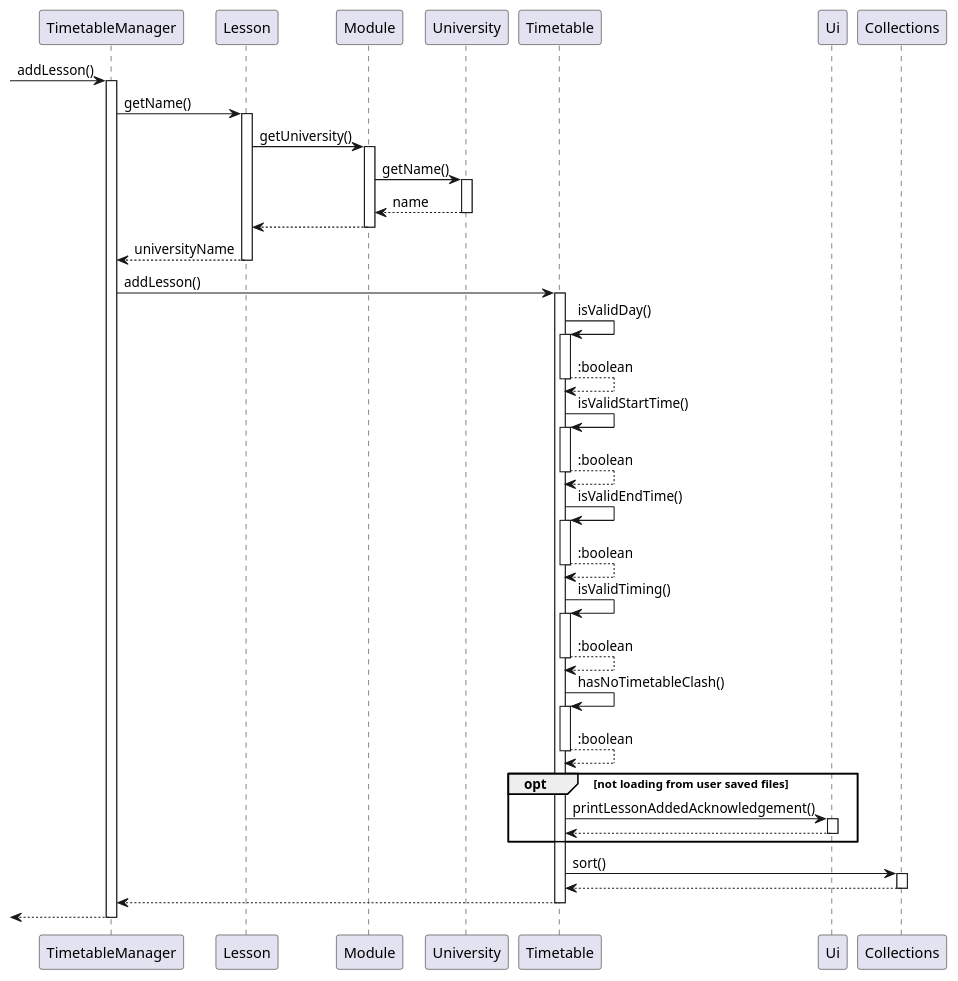
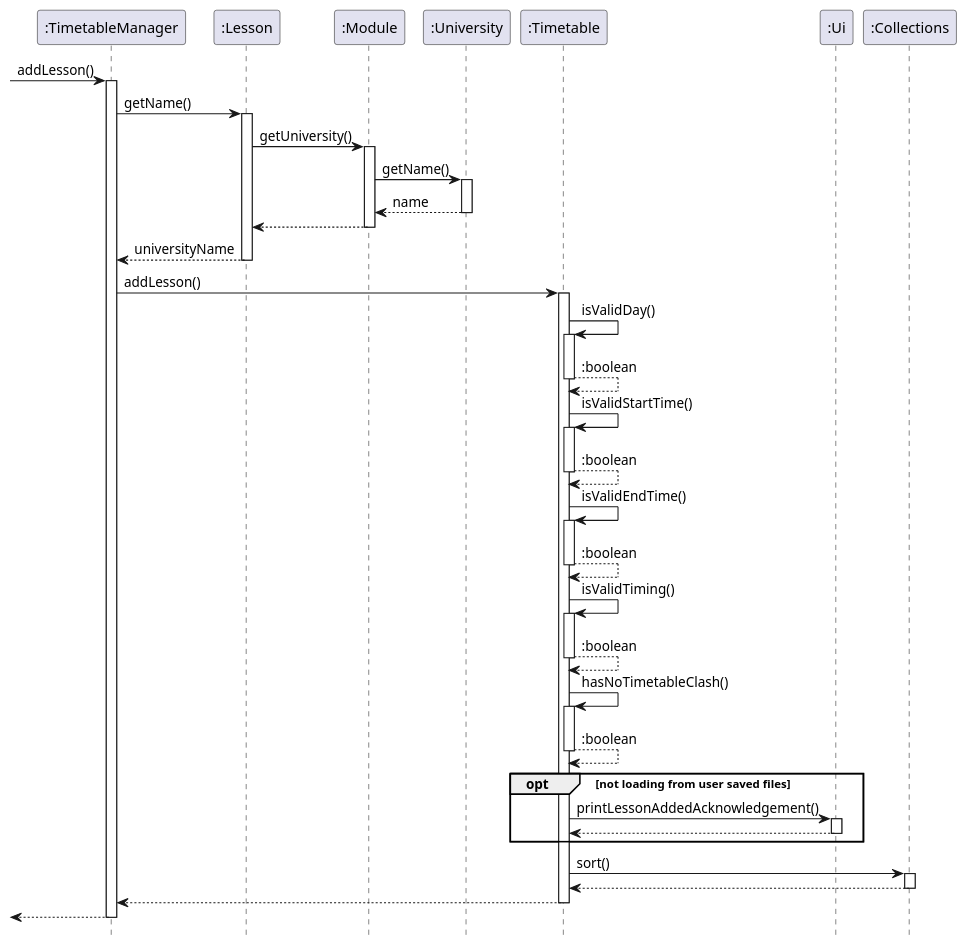
One commit to nus-cs2113-AY2223S1/tp changed the diagram in docs/diagrams/Timetable_addLesson_Sequence.puml. Above: the diagram before and after it, drawn with PlantUML. The commit also changed 7 other files, not shown here.

Commit message:
Update sequence diagrams

```diff
--- a/docs/diagrams/Timetable_addLesson_Sequence.puml
+++ b/docs/diagrams/Timetable_addLesson_Sequence.puml
@@ -1,43 +1,44 @@
 @startuml
+hide footbox
 
--> TimetableManager : addLesson()
-activate TimetableManager
-TimetableManager -> Lesson : getName()
-activate Lesson
-Lesson -> Module : getUniversity()
-activate Module
-Module -> University : getName()
-activate University
-Module <-- University : name
-deactivate University
-Lesson <-- Module
-deactivate Module
-TimetableManager <-- Lesson : universityName
-deactivate Lesson
-TimetableManager -> Timetable : addLesson()
-activate Timetable
-Timetable -> Timetable ++ : isValidDay()
+-> ":TimetableManager" : addLesson()
+activate ":TimetableManager"
+":TimetableManager" -> ":Lesson" : getName()
+activate ":Lesson"
+":Lesson" -> ":Module" : getUniversity()
+activate ":Module"
+":Module" -> ":University" : getName()
+activate ":University"
+":Module" <-- ":University" : name
+deactivate ":University"
+":Lesson" <-- ":Module"
+deactivate ":Module"
+":TimetableManager" <-- ":Lesson" : universityName
+deactivate ":Lesson"
+":TimetableManager" -> ":Timetable" : addLesson()
+activate ":Timetable"
+":Timetable" -> ":Timetable" ++ : isValidDay()
 return :boolean
-Timetable -> Timetable ++ : isValidStartTime()
+":Timetable" -> ":Timetable" ++ : isValidStartTime()
 return :boolean
-Timetable -> Timetable ++ : isValidEndTime()
+":Timetable" -> ":Timetable" ++ : isValidEndTime()
 return :boolean
-Timetable -> Timetable ++ : isValidTiming()
+":Timetable" -> ":Timetable" ++ : isValidTiming()
 return :boolean
-Timetable -> Timetable ++ : hasNoTimetableClash()
+":Timetable" -> ":Timetable" ++ : hasNoTimetableClash()
 return :boolean
 opt not loading from user saved files
-    Timetable -> Ui : printLessonAddedAcknowledgement()
-    activate Ui
-    Timetable <-- Ui
-    deactivate Ui
+    ":Timetable" -> ":Ui" : printLessonAddedAcknowledgement()
+    activate ":Ui"
+    ":Timetable" <-- ":Ui"
+    deactivate ":Ui"
 end
-Timetable -> Collections : sort()
-activate Collections
-Timetable <-- Collections
-deactivate Collections
-TimetableManager <-- Timetable
-deactivate Timetable
-<-- TimetableManager
-deactivate TimetableManager
+":Timetable" -> ":Collections" : sort()
+activate ":Collections"
+":Timetable" <-- ":Collections"
+deactivate ":Collections"
+":TimetableManager" <-- ":Timetable"
+deactivate ":Timetable"
+<-- ":TimetableManager"
+deactivate ":TimetableManager"
 @enduml
```
